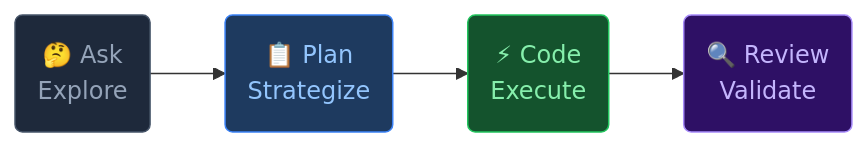
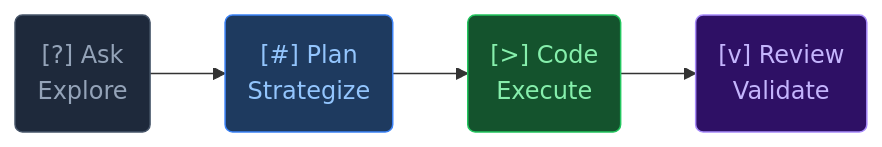
Before and after one commit to boggedbrush/KodoCode: the first of 3 diagrams in README.md, drawn with Mermaid. The commit also changed other lines of this file and 14 other files, not shown here.

````diff
--- a/README.md
+++ b/README.md
@@ -58,14 +58,14 @@
 ```mermaid
 flowchart LR
-    ASK("🤔 Ask\nExplore")
-    PLAN("📋 Plan\nStrategize")
-    CODE("⚡ Code\nExecute")
-    REVIEW("🔍 Review\nValidate")
+    ASK("[?] Ask\nExplore")
+    PLAN("[#] Plan\nStrategize")
+    CODE("[>] Code\nExecute")
+    REVIEW("[v] Review\nValidate")
 
     ASK --> PLAN --> CODE --> REVIEW
 
     style ASK    fill:#1e293b,stroke:#475569,color:#94a3b8
     style PLAN   fill:#1e3a5f,stroke:#3b82f6,color:#93c5fd
     style CODE   fill:#14532d,stroke:#22c55e,color:#86efac
     style REVIEW fill:#2e1065,stroke:#a78bfa,color:#c4b5fd
 ```
````
